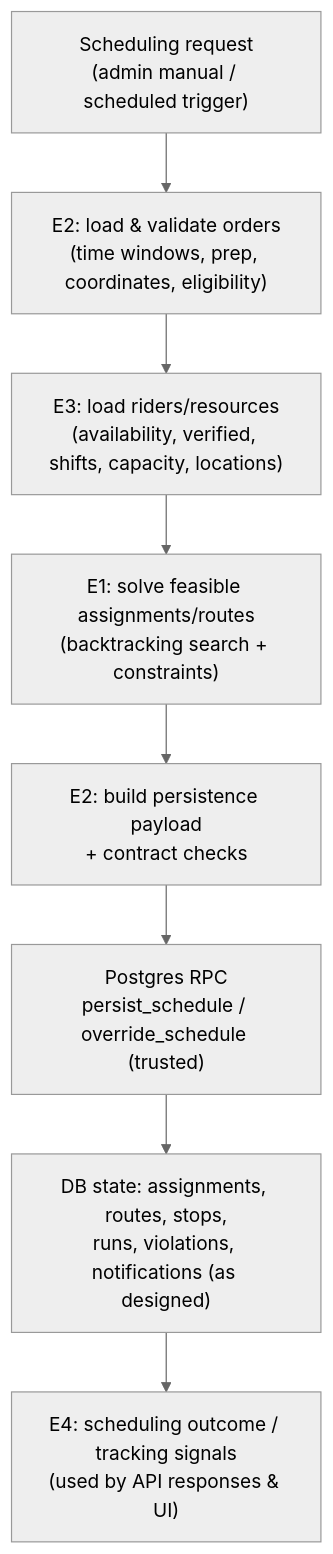
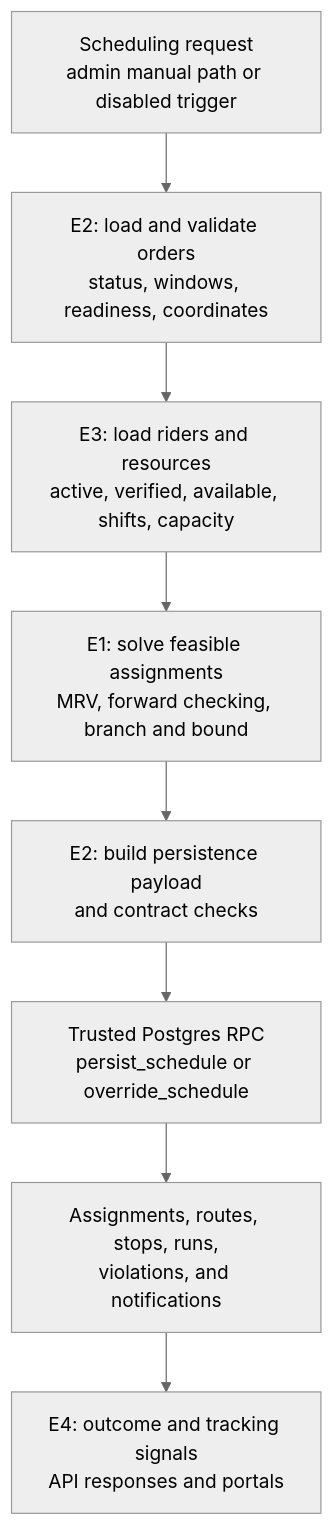
Before and after one commit to Nikhil306-ctrl/RouteSync: the second of 4 diagrams in README.md, drawn with Mermaid (neutral theme). The commit also changed other lines of this file and 24 other files, not shown here.

````diff
--- a/README.md
+++ b/README.md
@@ -98,10 +170,10 @@
 ```mermaid
 flowchart TD
-  A["Scheduling request\n(admin manual / scheduled trigger)"] --> B["E2: load & validate orders\n(time windows, prep, coordinates, eligibility)"]
-  B --> C["E3: load riders/resources\n(availability, verified, shifts, capacity, locations)"]
-  C --> D["E1: solve feasible assignments/routes\n(backtracking search + constraints)"]
-  D --> E["E2: build persistence payload\n+ contract checks"]
-  E --> F["Postgres RPC\npersist_schedule / override_schedule (trusted)"]
-  F --> G["DB state: assignments, routes, stops,\nruns, violations, notifications (as designed)"]
-  G --> H["E4: scheduling outcome / tracking signals\n(used by API responses & UI)"]
+  A["Scheduling request<br/>admin manual path or disabled trigger"] --> B["E2: load and validate orders<br/>status, windows, readiness, coordinates"]
+  B --> C["E3: load riders and resources<br/>active, verified, available, shifts, capacity"]
+  C --> D["E1: solve feasible assignments<br/>MRV, forward checking, branch and bound"]
+  D --> E["E2: build persistence payload<br/>and contract checks"]
+  E --> F["Trusted Postgres RPC<br/>persist_schedule or override_schedule"]
+  F --> G["Assignments, routes, stops, runs,<br/>violations, and notifications"]
+  G --> H["E4: outcome and tracking signals<br/>API responses and portals"]
 ```
````
